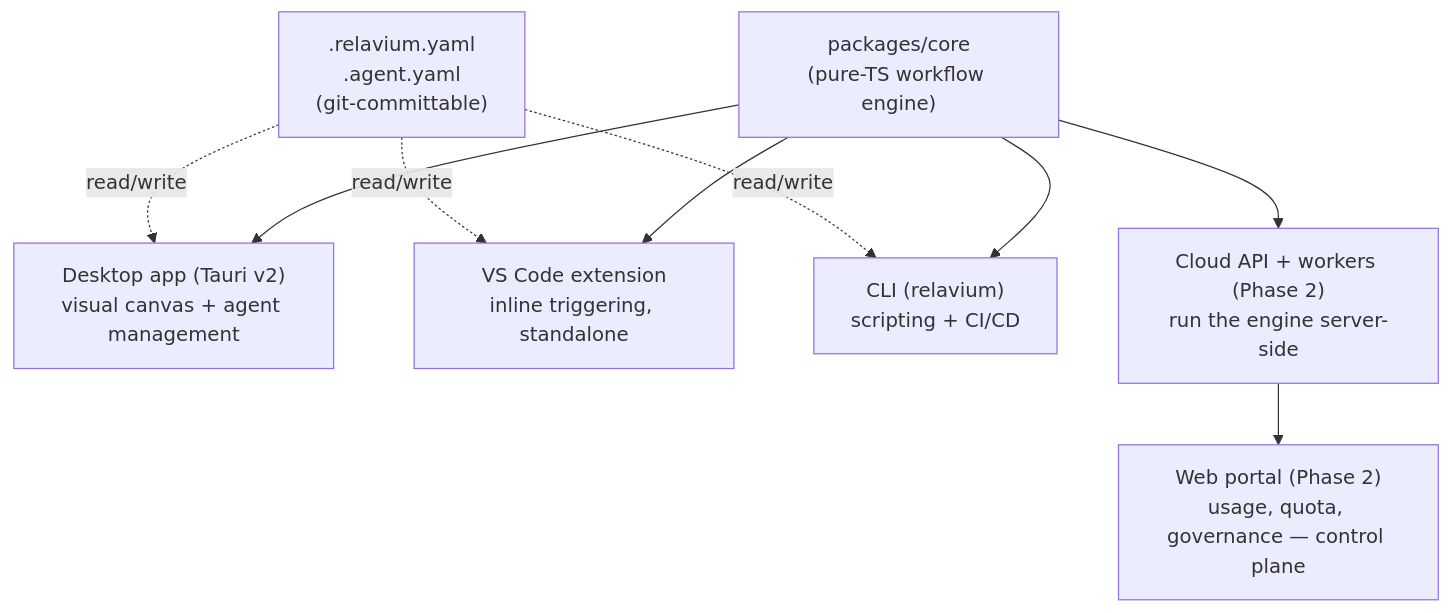
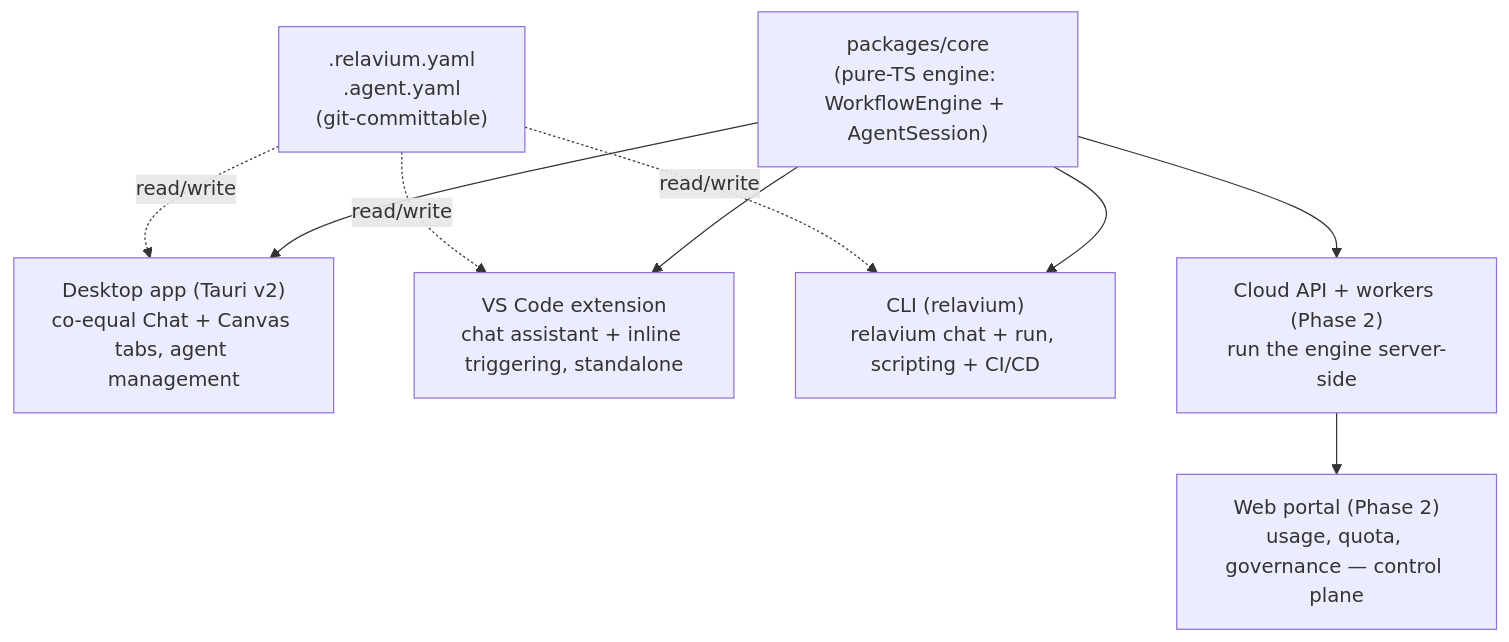
The diagram in docs/vision.md (HodeTech/Relavium), drawn with Mermaid before and after one commit. The commit also changed other lines of this file and 15 other files, not shown here.

````diff
--- a/docs/vision.md
+++ b/docs/vision.md
@@ -37,20 +56,20 @@
 ```mermaid
 flowchart TD
-    Core["packages/core<br/>(pure-TS workflow engine)"]
-    Desktop["Desktop app (Tauri v2)<br/>visual canvas + agent management"]
-    VSCode["VS Code extension<br/>inline triggering, standalone"]
-    CLI["CLI (relavium)<br/>scripting + CI/CD"]
+    Core["packages/core<br/>(pure-TS engine: WorkflowEngine + AgentSession)"]
+    Desktop["Desktop app (Tauri v2)<br/>co-equal Chat + Canvas tabs, agent management"]
+    VSCode["VS Code extension<br/>chat assistant + inline triggering, standalone"]
+    CLI["CLI (relavium)<br/>relavium chat + run, scripting + CI/CD"]
     API["Cloud API + workers (Phase 2)<br/>run the engine server-side"]
     Portal["Web portal (Phase 2)<br/>usage, quota, governance — control plane"]
 
     Core --> Desktop
     Core --> VSCode
     Core --> CLI
     Core --> API
     API --> Portal
 
     Files[".relavium.yaml<br/>.agent.yaml<br/>(git-committable)"]
     Files -.read/write.-> Desktop
     Files -.read/write.-> VSCode
     Files -.read/write.-> CLI
 ```
````
